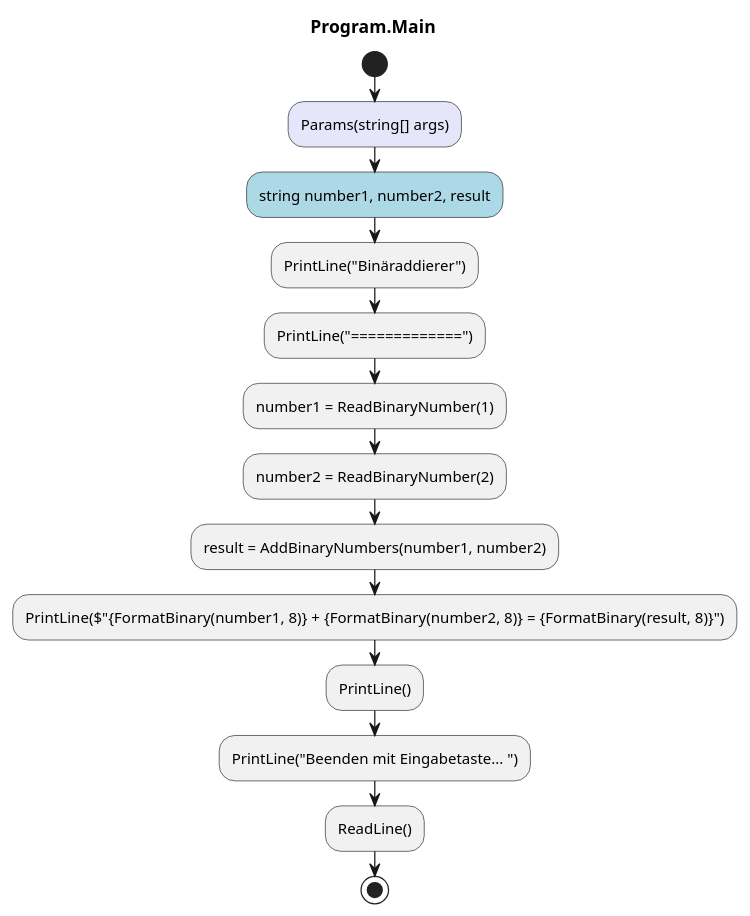
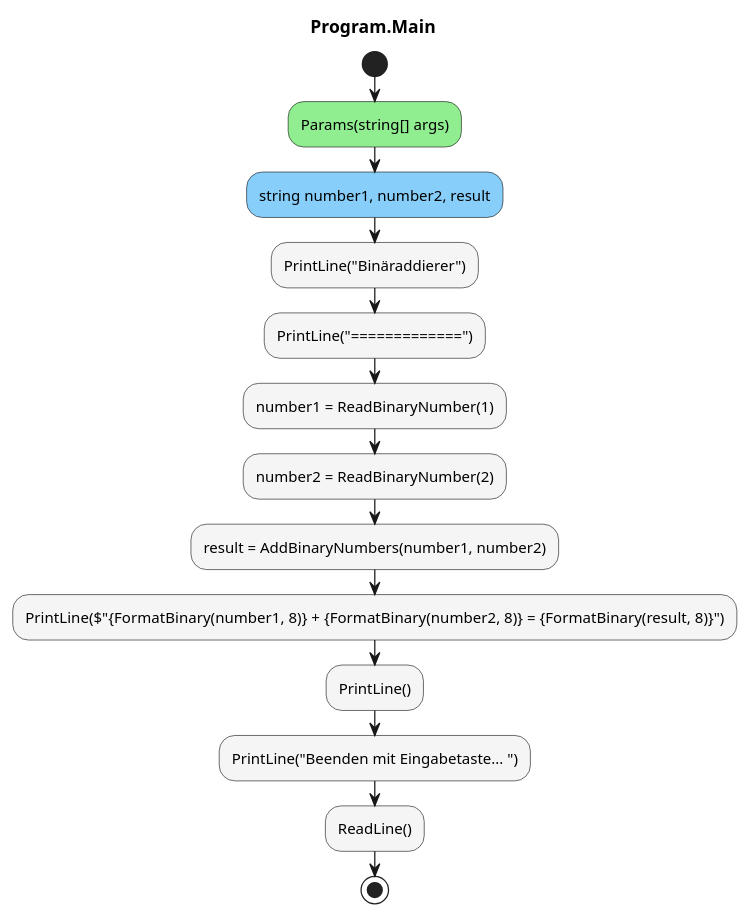
Before and after one commit to leoggehrer/2324-34_ABIF_ACIF_POSE: the diagram in BinaryAdder.ConApp/diagrams/ac_Program_Main.puml, drawn with PlantUML. The commit also changed 38 other files, not shown here.

Commit message:
Generated diagrams.

```diff
--- a/BinaryAdder.ConApp/diagrams/ac_Program_Main.puml
+++ b/BinaryAdder.ConApp/diagrams/ac_Program_Main.puml
@@ -1,16 +1,16 @@
 @startuml Program.Main
 title Program.Main
 start
-#Lavender:Params(string[] args);
-#LightBlue:string number1, number2, result;
-:PrintLine("Binäraddierer");
-:PrintLine("=============");
-:number1 = ReadBinaryNumber(1);
-:number2 = ReadBinaryNumber(2);
-:result = AddBinaryNumbers(number1, number2);
-:PrintLine($"{FormatBinary(number1, 8)} + {FormatBinary(number2, 8)} =  {FormatBinary(result, 8)}");
-:PrintLine();
-:PrintLine("Beenden mit Eingabetaste... ");
-:ReadLine();
+#LightGreen:Params(string[] args);
+#LightSkyBlue:string number1, number2, result;
+#WhiteSmoke:PrintLine("Binäraddierer");
+#WhiteSmoke:PrintLine("=============");
+#WhiteSmoke:number1 = ReadBinaryNumber(1);
+#WhiteSmoke:number2 = ReadBinaryNumber(2);
+#WhiteSmoke:result = AddBinaryNumbers(number1, number2);
+#WhiteSmoke:PrintLine($"{FormatBinary(number1, 8)} + {FormatBinary(number2, 8)} =  {FormatBinary(result, 8)}");
+#WhiteSmoke:PrintLine();
+#WhiteSmoke:PrintLine("Beenden mit Eingabetaste... ");
+#WhiteSmoke:ReadLine();
 stop
 @enduml
```
